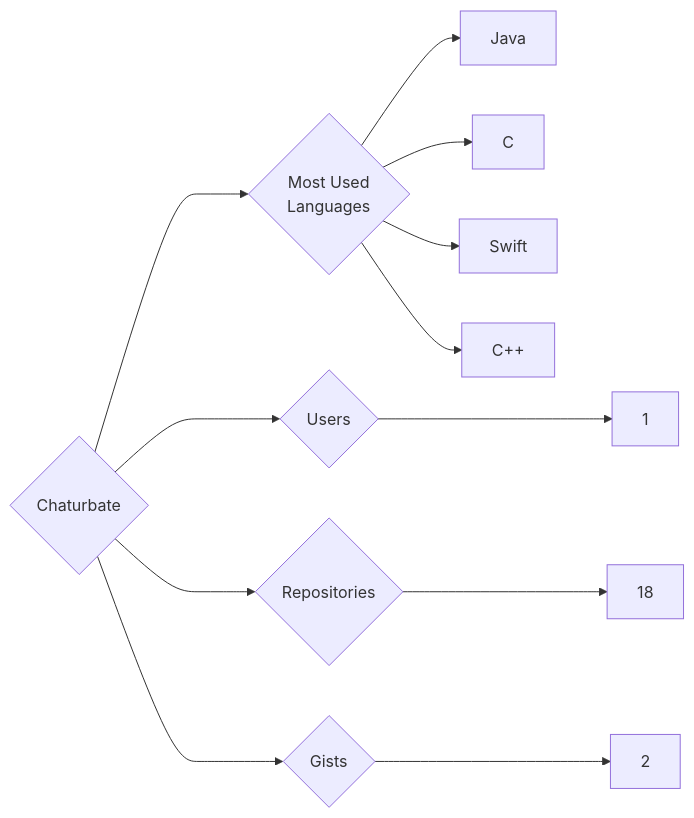
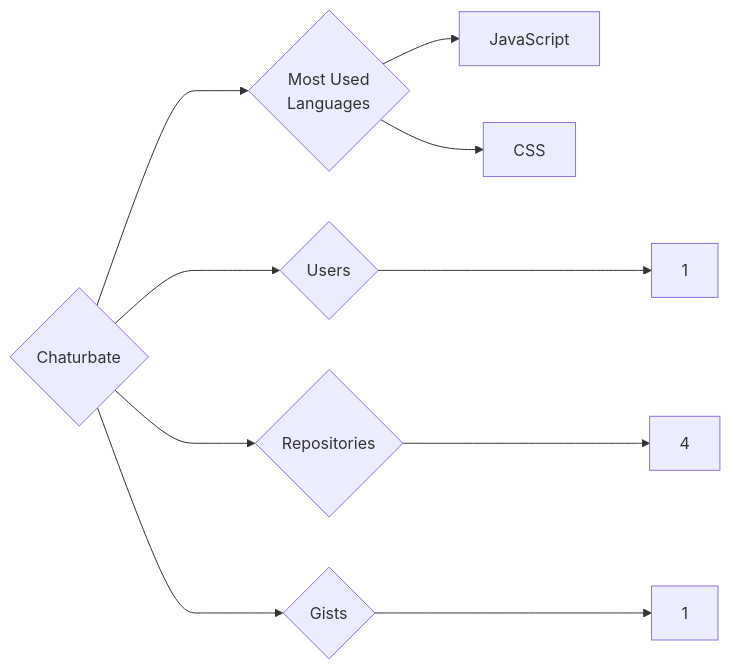
One commit to trickest/insiders changed the diagram in targets/Chaturbate/README.md. Above: the diagram before and after it, drawn with Mermaid. The commit also changed 873 other files, not shown here.

````diff
--- a/targets/Chaturbate/README.md
+++ b/targets/Chaturbate/README.md
@@ -3,12 +3,10 @@
 ```mermaid
 graph LR
 COMPANY_NAME{Chaturbate}
 COMPANY_NAME ---> U{Users} ---> UN[1]
-COMPANY_NAME ---> R{Repositories} ---> RN[18]
-COMPANY_NAME ---> G{Gists} ---> GN[2]
+COMPANY_NAME ---> R{Repositories} ---> RN[4]
+COMPANY_NAME ---> G{Gists} ---> GN[1]
 COMPANY_NAME ---> ML{Most Used<br>Languages}
-ML --> Java[Java]
-ML --> C[C]
-ML --> Swift[Swift]
-ML --> C++[C++]
+ML --> JavaScript[JavaScript]
+ML --> CSS[CSS]
 ```
````
